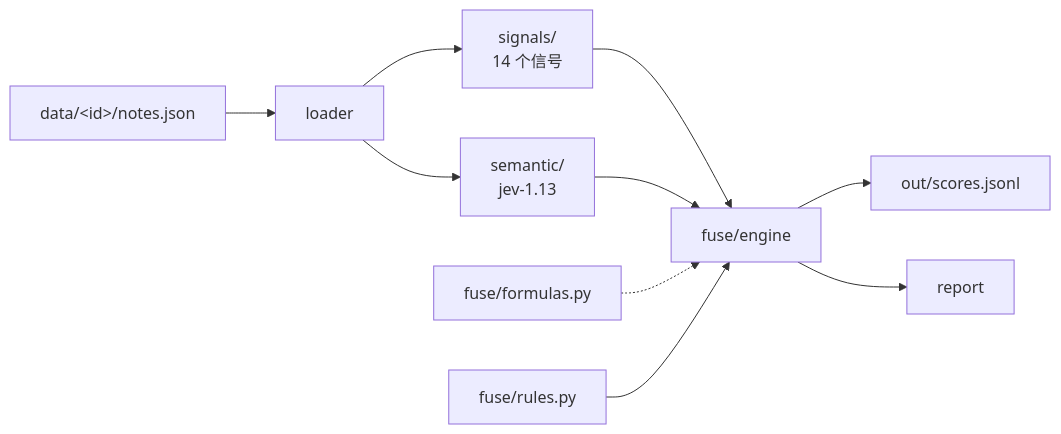
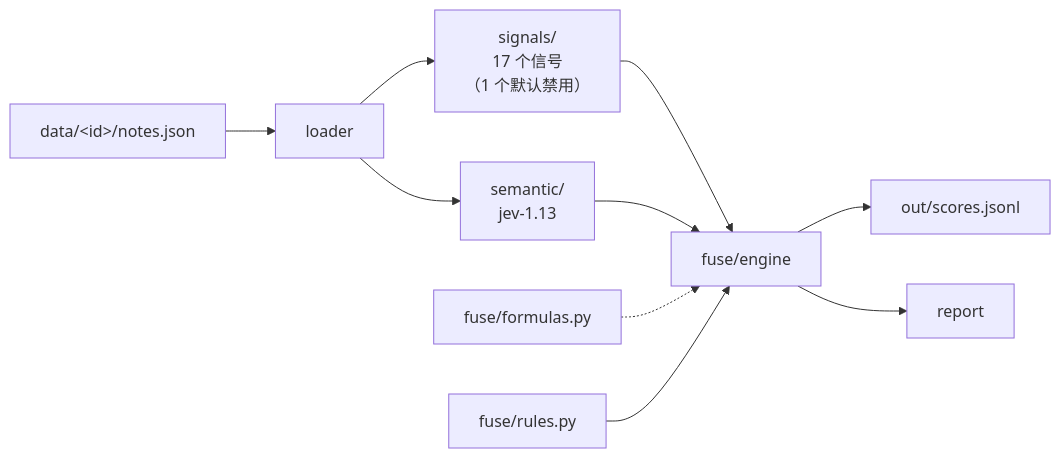
Before and after one commit to Nolan180940/Loreal: the diagram in jev2/README.md, drawn with Mermaid. The commit also changed other lines of this file and 14 other files, not shown here.

````diff
--- a/jev2/README.md
+++ b/jev2/README.md
@@ -135,12 +135,12 @@
 ```mermaid
 graph LR
     A["data/&lt;id&gt;/notes.json"] --> B[loader]
-    B --> C["signals/<br/>14 个信号"]
+    B --> C["signals/<br/>17 个信号<br/>（1 个默认禁用）"]
     B --> D["semantic/<br/>jev-1.13"]
     C --> E[fuse/engine]
     D --> E
     F["fuse/formulas.py"] -.-> E
     G["fuse/rules.py"] --> E
     E --> H["out/scores.jsonl"]
     E --> I[report]
 ```
````
